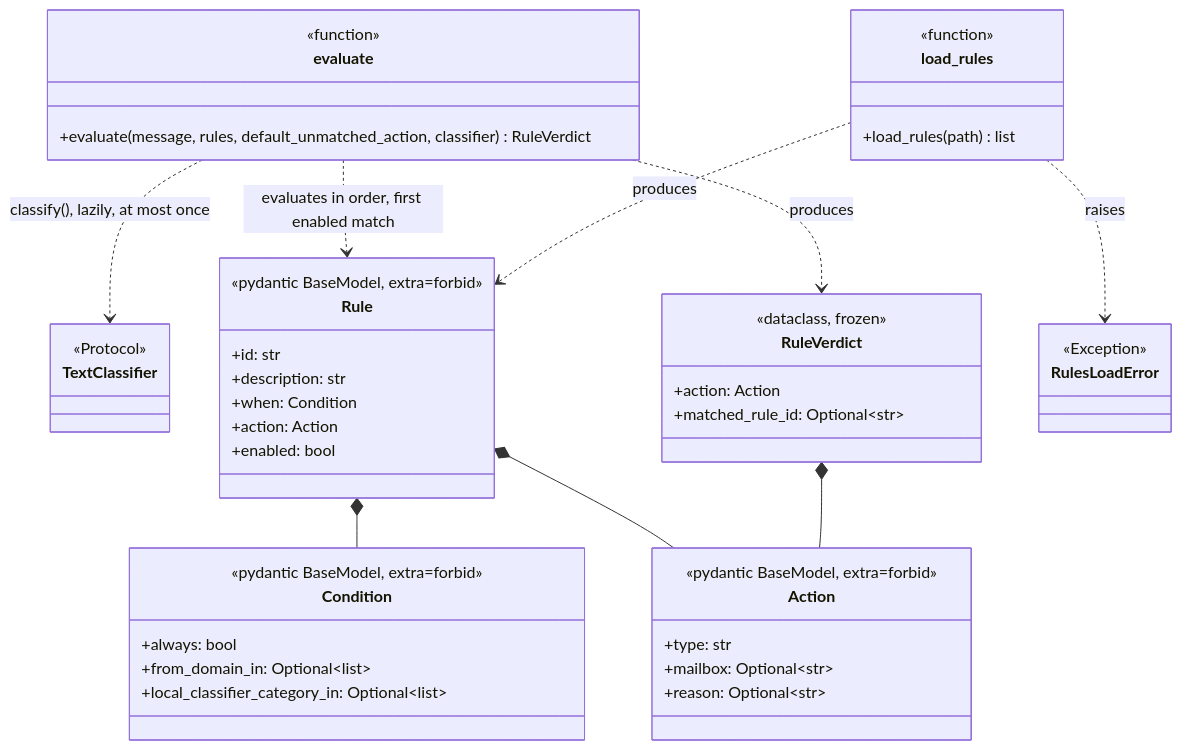
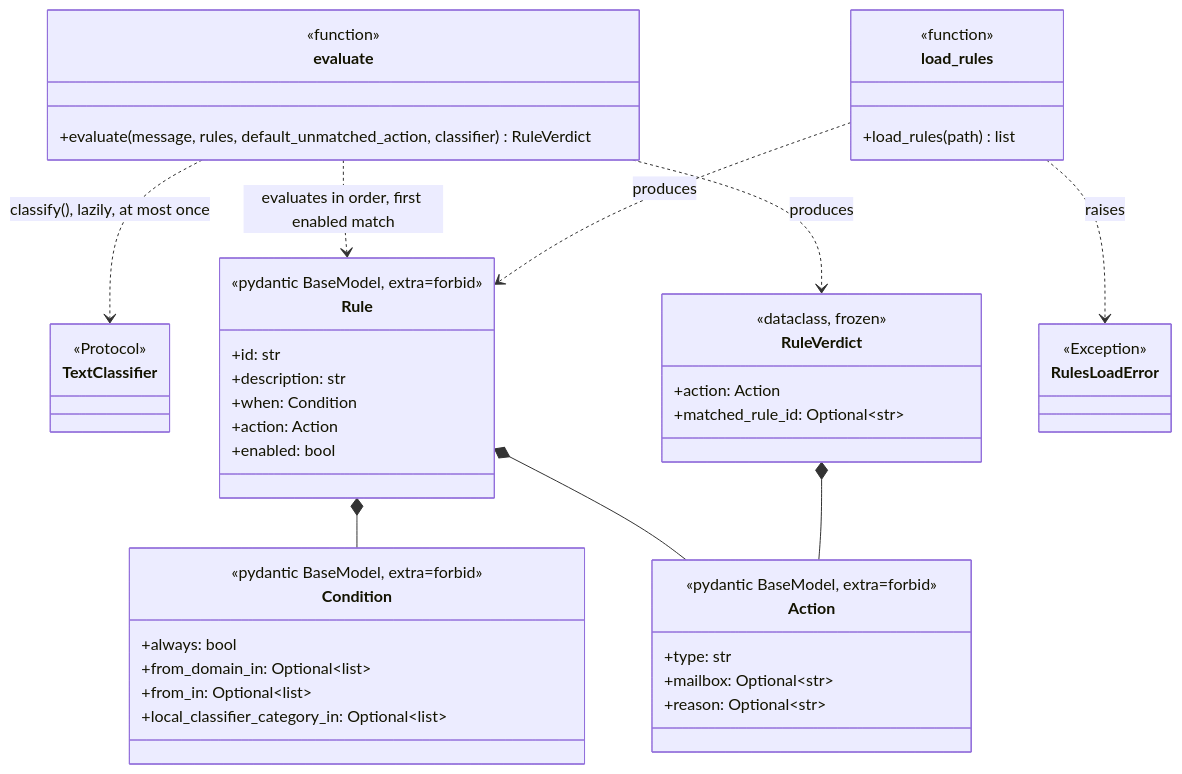
The ninth of 31 diagrams in docs/DESIGN.md (Stainless5166/friendly-octo-spork), drawn with Mermaid before and after one commit. The commit also changed 2 other files, not shown here.

Commit message:
docs: sync from_in condition kind (DESIGN.md §6.4, ROADMAP.md, TEST_COVERAGE.md)
- DESIGN.md §6.4: Condition class diagram gains from_in (31 mermaid
  blocks re-verified via mermaid-cli, all render).
- ROADMAP.md: M4's "alert triggers" checklist item notes the from_in
  prerequisite is now closed.
- TEST_COVERAGE.md: new tests/core/rules section (318-322, appended
  per this file's own stable-numbering rule rather than renumbered
  into 27-35/90-97); inventory count 317 -> 322.

````diff
--- a/docs/DESIGN.md
+++ b/docs/DESIGN.md
@@ -549,47 +549,48 @@
 ```mermaid
 classDiagram
     class TextClassifier { <<Protocol>> }
     class Condition {
         <<pydantic BaseModel, extra=forbid>>
         +always: bool
         +from_domain_in: Optional~list~
+        +from_in: Optional~list~
         +local_classifier_category_in: Optional~list~
     }
     class Action {
         <<pydantic BaseModel, extra=forbid>>
         +type: str
         +mailbox: Optional~str~
         +reason: Optional~str~
     }
     class Rule {
         <<pydantic BaseModel, extra=forbid>>
         +id: str
         +description: str
         +when: Condition
         +action: Action
         +enabled: bool
     }
     class RuleVerdict {
         <<dataclass, frozen>>
         +action: Action
         +matched_rule_id: Optional~str~
     }
     class evaluate {
         <<function>>
         +evaluate(message, rules, default_unmatched_action, classifier) RuleVerdict
     }
     class RulesLoadError { <<Exception>> }
     class load_rules {
         <<function>>
         +load_rules(path) list
     }
 
     Rule *-- Condition
     Rule *-- Action
     RuleVerdict *-- Action
     evaluate ..> Rule : evaluates in order, first enabled match
     evaluate ..> RuleVerdict : produces
     evaluate ..> TextClassifier : classify(), lazily, at most once
     load_rules ..> Rule : produces
     load_rules ..> RulesLoadError : raises
 ```
````
